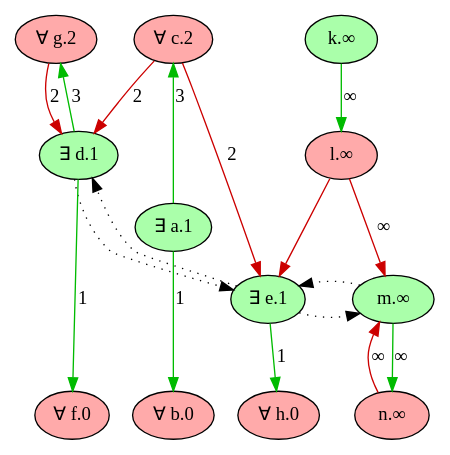
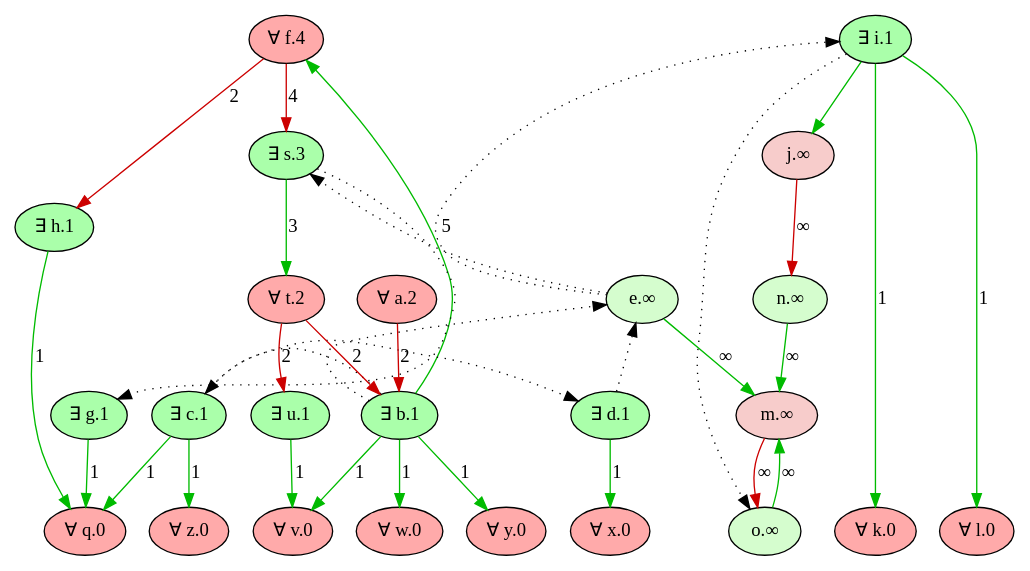
The diagram in Refactor/imgs/cleaned_game_pw_2.dot (idaks/Games-and-Argumentation), drawn with Graphviz before and after one commit. The commit also changed 12 other files, not shown here.

```diff
--- a/Refactor/imgs/cleaned_game_pw_2.dot
+++ b/Refactor/imgs/cleaned_game_pw_2.dot
@@ -1,44 +1,75 @@
 digraph {
     rankdir="TB"
     node [style=filled fontname="Palatino"]
     node [fillcolor="#AAFFAA"]
-    "e" [label="∃ e.1"]
+    "u" [label="∃ u.1"]
+    "b" [label="∃ b.1"]
+    "c" [label="∃ c.1"]
     "d" [label="∃ d.1"]
-    "a" [label="∃ a.1"]
-    "k" [label="k.∞"]
+    "i" [label="∃ i.1"]
+    "g" [label="∃ g.1"]
+    "h" [label="∃ h.1"]
+    "s" [label="∃ s.3"]
+    node [fillcolor="#FFAAAA"]
+    "v" [label="∀ v.0"]
+    "z" [label="∀ z.0"]
+    "y" [label="∀ y.0"]
+    "x" [label="∀ x.0"]
+    "w" [label="∀ w.0"]
+    "q" [label="∀ q.0"]
+    "l" [label="∀ l.0"]
+    "k" [label="∀ k.0"]
+    "a" [label="∀ a.2"]
+    "t" [label="∀ t.2"]
+    "f" [label="∀ f.4"]
+    node [fillcolor="#d5fdce"]
+    "e" [label="e.∞"]
+    "o" [label="o.∞"]
+    "n" [label="n.∞"]
+    node [fillcolor="#f7cccb"]
+    "j" [label="j.∞"]
     "m" [label="m.∞"]
-    node [fillcolor="#FFAAAA"]
-    "b" [label="∀ b.0"]
-    "f" [label="∀ f.0"]
-    "h" [label="∀ h.0"]
-    "c" [label="∀ c.2"]
-    "g" [label="∀ g.2"]
-    "l" [label="l.∞"]
-    "n" [label="n.∞"]
+  edge [color="#CC0000" style="solid" dir="forward" label="2"]
+        "a" -> "b" 
+        "t" -> "b" 
+        "f" -> "h" 
+        "t" -> "u" 
+  edge [color="#00BB00" style="solid" dir="forward" label="5"]
+        "b" -> "f" 
+  edge [color="#00BB00" style="solid" dir="forward" label=""]
+        "i" -> "j" 
   edge [color="#00BB00" style="solid" dir="forward" label="1"]
-        "a" -> "b" 
-        "d" -> "f" 
-        "e" -> "h" 
+        "i" -> "k" 
+        "i" -> "l" 
+        "g" -> "q" 
+        "h" -> "q" 
+        "c" -> "q" 
+        "b" -> "v" 
+        "u" -> "v" 
+        "b" -> "w" 
+        "d" -> "x" 
+        "b" -> "y" 
+        "c" -> "z" 
+  edge [color="#00BB00" style="solid" dir="forward" label="∞"]
+        "e" -> "m" 
+        "o" -> "m" 
+        "n" -> "m" 
+  edge [color="#CC0000" style="solid" dir="forward" label="∞"]
+        "j" -> "n" 
+        "m" -> "o" 
+  edge [color="#CC0000" style="solid" dir="forward" label="4"]
+        "f" -> "s" 
   edge [color="#00BB00" style="solid" dir="forward" label="3"]
-        "a" -> "c" 
-        "d" -> "g" 
-  edge [color="#00BB00" style="solid" dir="forward" label="∞"]
-        "k" -> "l" 
-        "m" -> "n" 
-  edge [color="#CC0000" style="solid" dir="forward" label="2"]
+        "s" -> "t" 
+  edge [color="black" style="dotted" dir="forward" label="" constraint=false]
+        "b" -> "c" 
         "c" -> "d" 
-        "c" -> "e" 
-        "g" -> "d" 
-  edge [color="#CC0000" style="solid" dir="forward" label=""]
-        "l" -> "e" 
-  edge [color="#CC0000" style="solid" dir="forward" label="∞"]
-        "l" -> "m" 
-        "n" -> "m" 
-  edge [color="black" style="dotted" dir="forward" label="" constraint=false]
+        "b" -> "e" 
         "d" -> "e" 
-        "e" -> "d" 
-        "e" -> "m" 
-        "m" -> "e" 
-    {rank = max b f h}
-    {rank = min c g}
+        "s" -> "g" 
+        "e" -> "i" 
+        "i" -> "o" 
+        "e" -> "s" 
+    {rank = max v z y x w q l k}
+    {rank = min f}
 }
```
